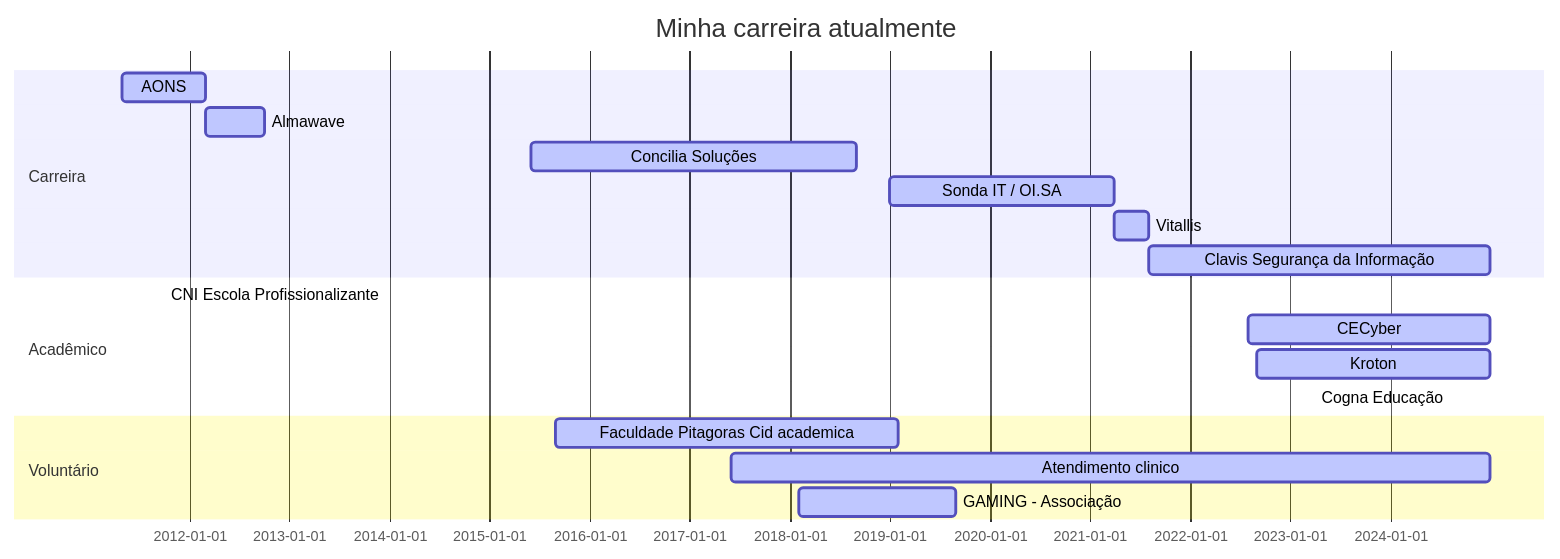
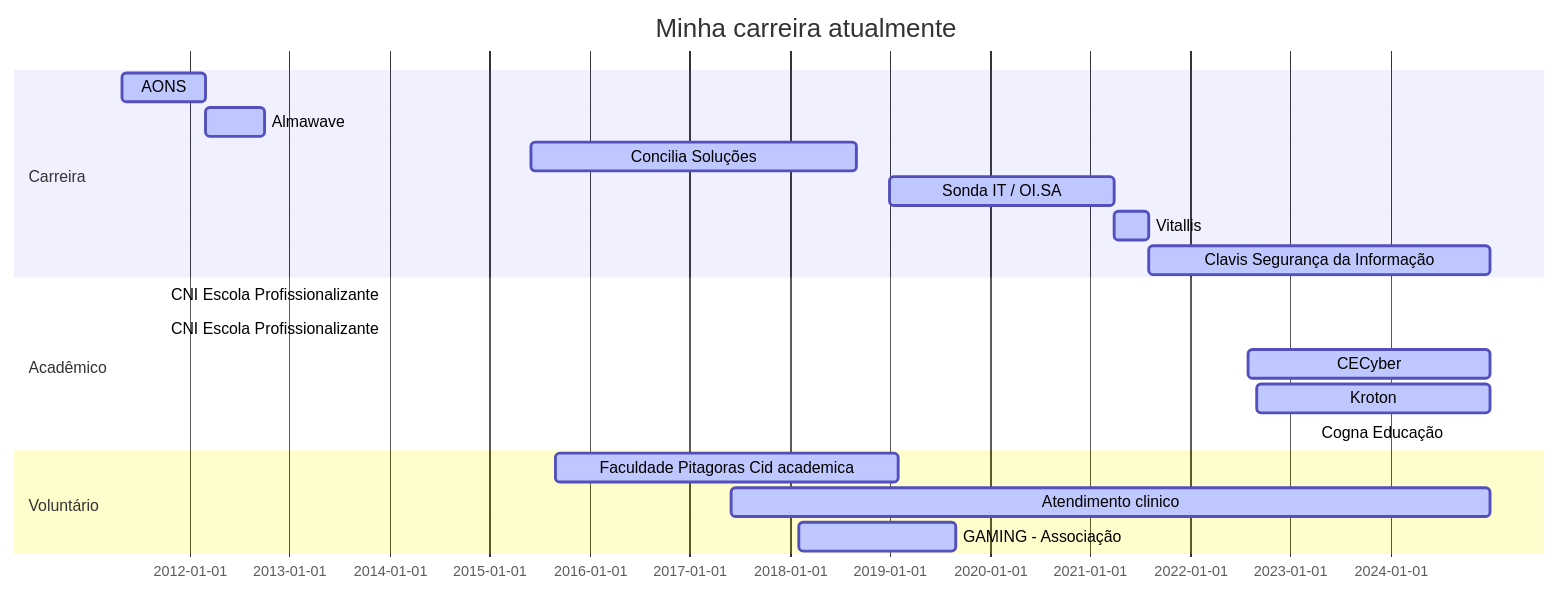
Before and after one commit to Ridd1kulusC0d3r/Ridd1kulusC0d3r: the diagram in README.md, drawn with Mermaid.

````diff
--- a/README.md
+++ b/README.md
@@ -9,25 +9,26 @@
 ```mermaid
 
 gantt
 dateFormat  YYYY-MM-DD
 title Minha carreira atualmente
 
 section Carreira
 AONS           :active,, 2011-05-01,2012-03-01
 Almawave          :active,, 2012-03-01,2012-10-01
 Concilia Soluções       :active,, 2015-06-01,2018-09-01
 Sonda IT / OI.SA           :active,, 2019-01-01,2021-04-01
 Vitallis           :active,, 2021-04-01,2021-08-01
 Clavis Segurança da Informação                :active,, 2021-08-01,2024-12-31
 
 section Acadêmico
 CNI Escola Profissionalizante            :active,, 2011-10-01,2012-02-31
+CNI Escola Profissionalizante :active,, 2011-10-01,2012-02-31
 CECyber :active,, 2022-08-01,2024-12-31
 Kroton              :active,, 2022-09-01,2024-12-31
 Cogna Educação      :active,, 2023-04-01,2023-09-31
 
 section Voluntário
 Faculdade Pitagoras Cid academica :active,, 2015-09-01,2019-01-31
 Atendimento clinico    :active,, 2017-06-01,2024-12-31
 GAMING - Associação :active,, 2018-02-01,2019-08-31
 ```
````
